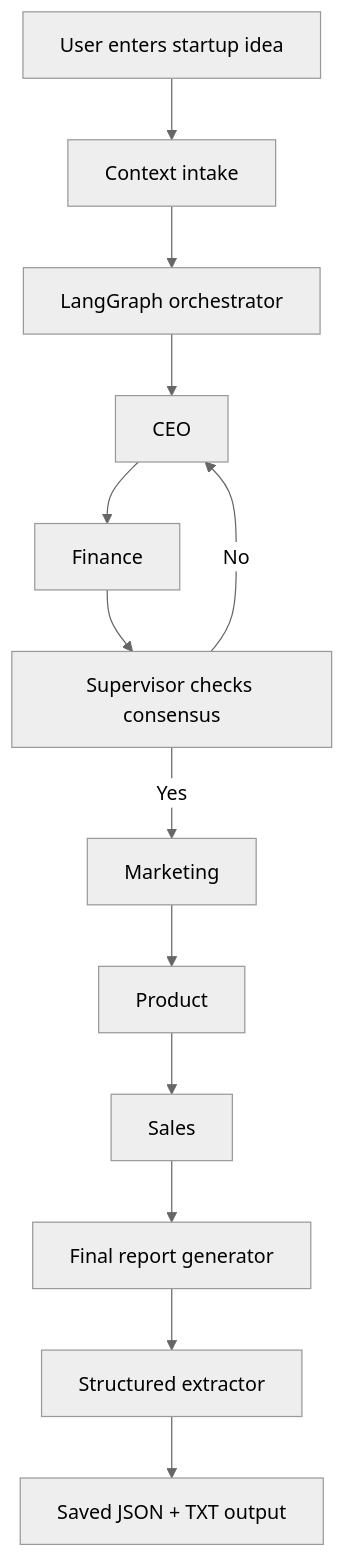
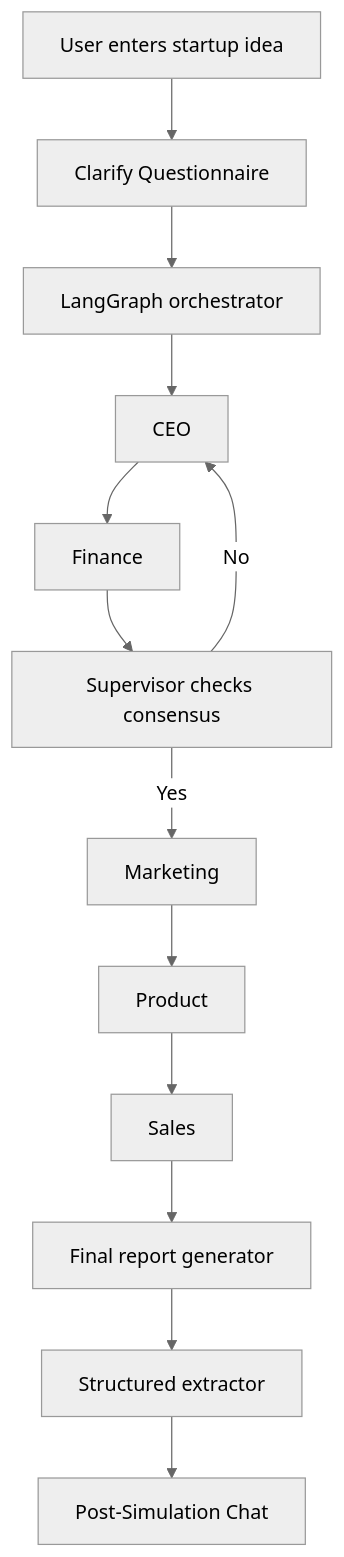
Before and after one commit to mayankmalik263/mass-startup-simulator: the diagram in README.md, drawn with Mermaid (neutral theme). The commit also changed other lines of this file, not shown here.

Commit message:
docs: update readme with groq architecture and new features

````diff
--- a/README.md
+++ b/README.md
@@ -68,15 +75,15 @@
 ```mermaid
 flowchart TD
-        A[User enters startup idea] --> B[Context intake]
+        A[User enters startup idea] --> B[Clarify Questionnaire]
         B --> C[LangGraph orchestrator]
         C --> D[CEO]
         D --> E[Finance]
         E --> F[Supervisor checks consensus]
         F -->|No| D
         F -->|Yes| G[Marketing]
         G --> H[Product]
         H --> I[Sales]
         I --> J[Final report generator]
         J --> K[Structured extractor]
-        K --> L[Saved JSON + TXT output]
+        K --> L[Post-Simulation Chat]
 ```
````
